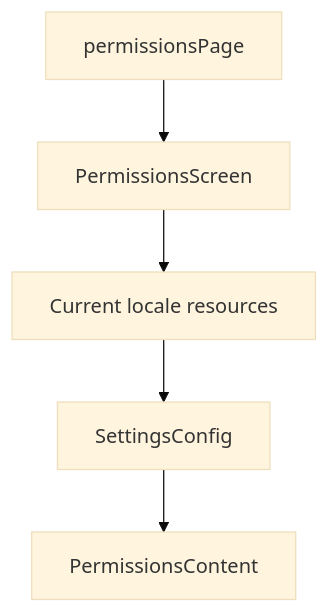
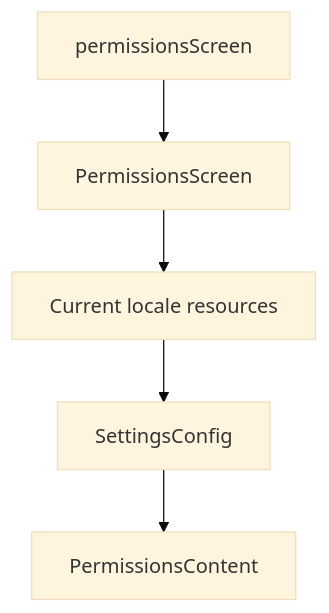
One commit to MihaiCristianCondrea/App-Toolkit-for-Android changed the diagram in library/feature/permissions/README.md. Above: the diagram before and after it, drawn with Mermaid (base theme). The commit also changed other lines of this file and 125 other files, not shown here.

````diff
--- a/library/feature/permissions/README.md
+++ b/library/feature/permissions/README.md
@@ -34,7 +34,7 @@
 ```mermaid
 flowchart TD
-    Page[permissionsPage] --> Screen[PermissionsScreen]
+    Page[permissionsScreen] --> Screen[PermissionsScreen]
     Screen --> Resources[Current locale resources]
     Resources --> Config[SettingsConfig]
     Config --> Content[PermissionsContent]
 ```
````
